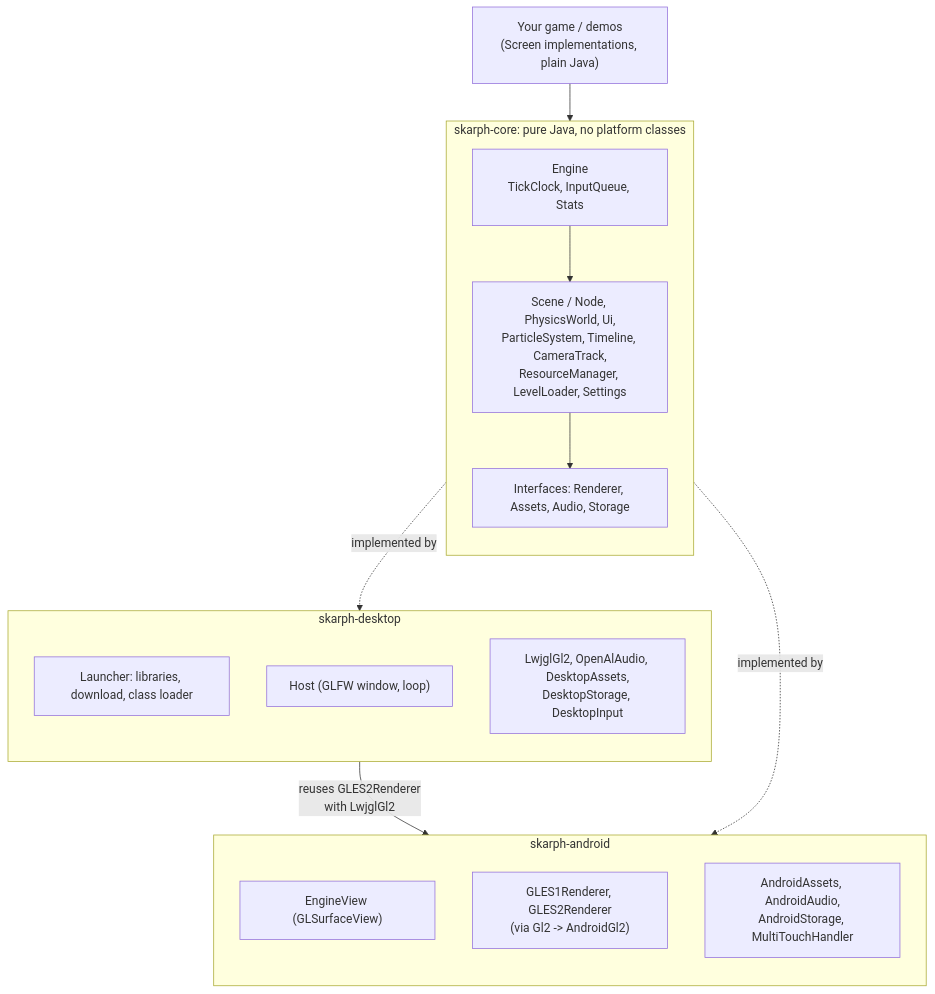
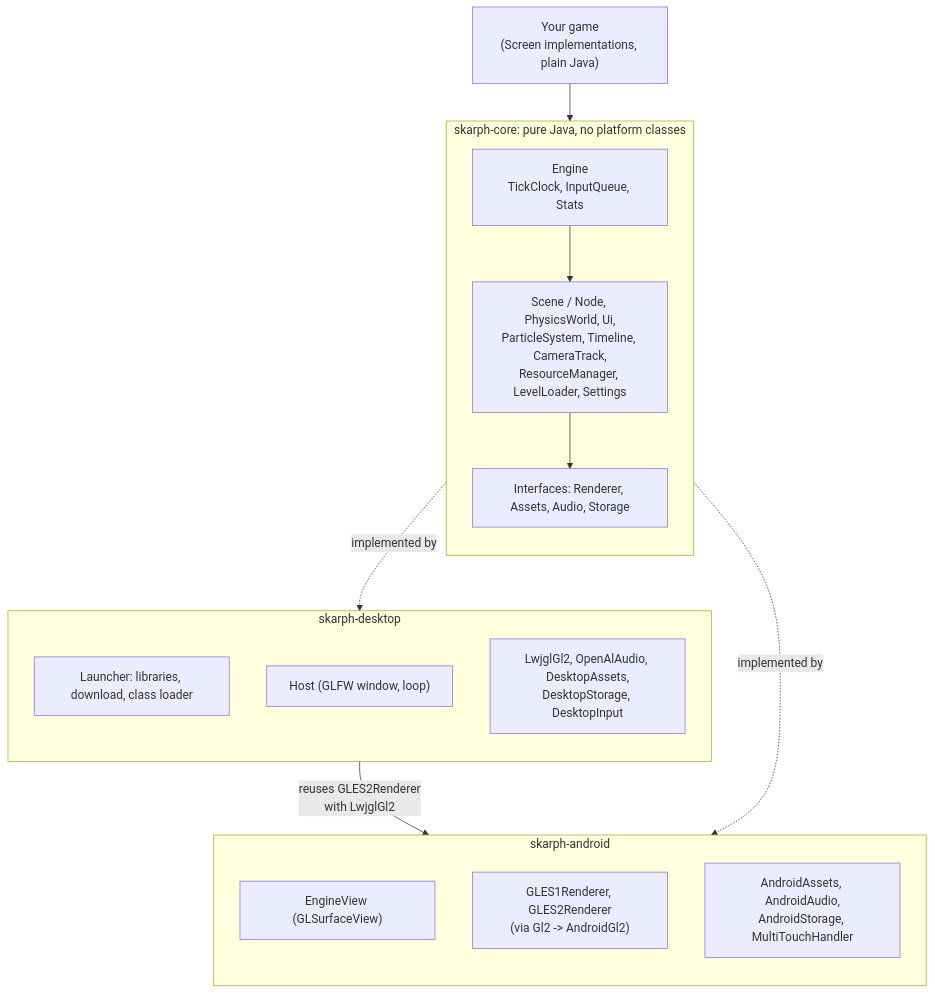
The first of 6 diagrams in docs/ARCHITECTURE.md (tixyq/skarph), drawn with Mermaid before and after one commit. The commit also changed other lines of this file and 56 other files, not shown here.

````diff
--- a/docs/ARCHITECTURE.md
+++ b/docs/ARCHITECTURE.md
@@ -11,32 +11,32 @@
 ```mermaid
 flowchart TB
-    game["Your game / demos<br/>(Screen implementations, plain Java)"]
+    game["Your game<br/>(Screen implementations, plain Java)"]
 
     subgraph core["skarph-core: pure Java, no platform classes"]
         direction TB
         engine["Engine<br/>TickClock, InputQueue, Stats"]
         content["Scene / Node, PhysicsWorld, Ui,<br/>ParticleSystem, Timeline, CameraTrack,<br/>ResourceManager, LevelLoader, Settings"]
         ifaces["Interfaces: Renderer, Assets, Audio, Storage"]
         engine --> content
         content --> ifaces
     end
 
     subgraph android["skarph-android"]
         direction TB
         av["EngineView (GLSurfaceView)"]
         ar["GLES1Renderer, GLES2Renderer<br/>(via Gl2 -> AndroidGl2)"]
         aother["AndroidAssets, AndroidAudio,<br/>AndroidStorage, MultiTouchHandler"]
     end
 
     subgraph desktop["skarph-desktop"]
         direction TB
         dl["Launcher: libraries, download, class loader"]
         dh["Host (GLFW window, loop)"]
         dother["LwjglGl2, OpenAlAudio, DesktopAssets,<br/>DesktopStorage, DesktopInput"]
     end
 
     game --> engine
     ifaces -. implemented by .-> android
     ifaces -. implemented by .-> desktop
     dh -- "reuses GLES2Renderer<br/>with LwjglGl2" --> ar
 ```
````
